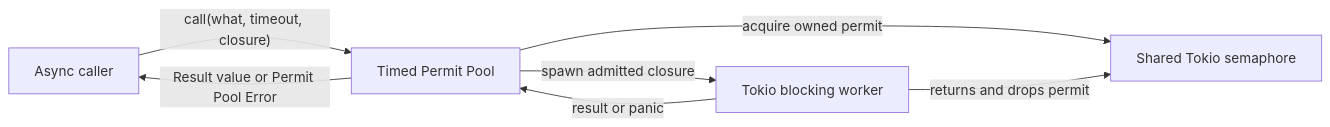
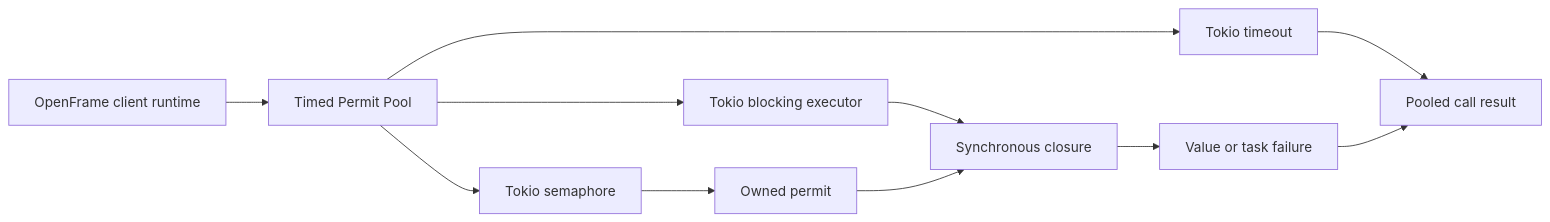
The first of 3 diagrams in docs/reference/architecture/openframe-client-core/utils-timed-permit-pool/utils-timed-permit-pool.md (flamingo-stack/openframe-oss-tenant), drawn with Mermaid before and after one commit. The commit also changed other lines of this file and 2377 other files, not shown here.

````diff
--- a/docs/reference/architecture/openframe-client-core/utils-timed-permit-pool/utils-timed-permit-pool.md
+++ b/docs/reference/architecture/openframe-client-core/utils-timed-permit-pool/utils-timed-permit-pool.md
@@ -20,9 +21,13 @@
 ```mermaid
 flowchart LR
-    Caller["Async caller"] -->|"call(what, timeout, closure)"| Pool["Timed Permit Pool"]
-    Pool -->|"acquire owned permit"| Semaphore["Shared Tokio semaphore"]
-    Pool -->|"spawn admitted closure"| Blocking["Tokio blocking worker"]
-    Blocking -->|"result or panic"| Pool
-    Pool -->|"Result value or Permit Pool Error"| Caller
-    Blocking -->|"returns and drops permit"| Semaphore
+    ClientRuntime["OpenFrame client runtime"] --> Pool["Timed Permit Pool"]
+    Pool --> Semaphore["Tokio semaphore"]
+    Pool --> Timeout["Tokio timeout"]
+    Pool --> BlockingExecutor["Tokio blocking executor"]
+    BlockingExecutor --> Closure["Synchronous closure"]
+    Semaphore --> Permit["Owned permit"]
+    Permit --> Closure
+    Closure --> Result["Value or task failure"]
+    Timeout --> CallerResult["Pooled call result"]
+    Result --> CallerResult
 ```
````
